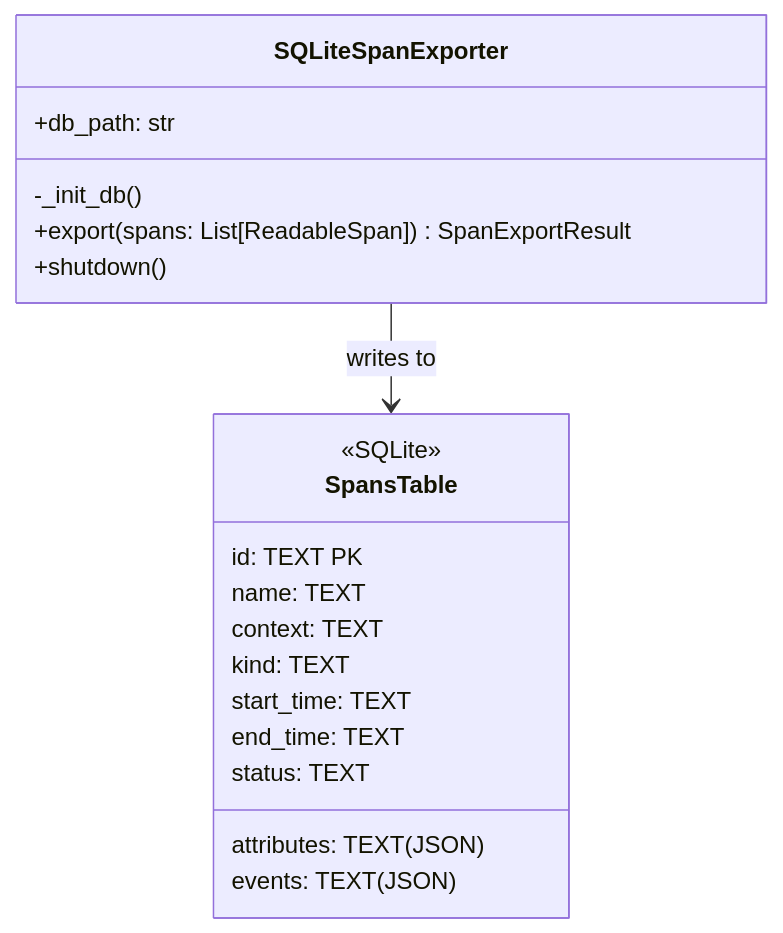
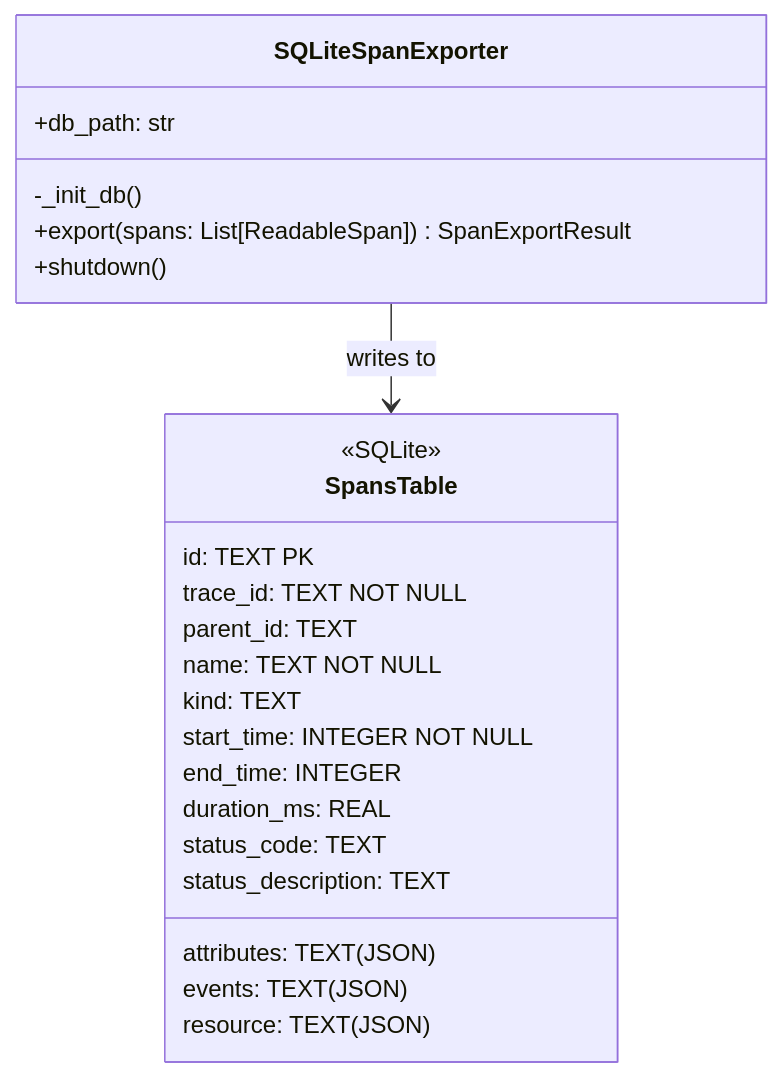
Before and after one commit to binlecode/co-cli: the ninth of 15 diagrams in docs/DESIGN-co-cli.md, drawn with Mermaid. The commit also changed other lines of this file and 20 other files, not shown here.

First line of the commit message:
Add shell safe-command whitelist, approval flow tests, sandbox hardening tests

````diff
--- a/docs/DESIGN-co-cli.md
+++ b/docs/DESIGN-co-cli.md
@@ -702,24 +715,28 @@
 ```mermaid
 classDiagram
     class SQLiteSpanExporter {
         +db_path: str
         -_init_db()
         +export(spans: List[ReadableSpan]) SpanExportResult
         +shutdown()
     }
 
     class SpansTable {
         <<SQLite>>
         id: TEXT PK
-        name: TEXT
-        context: TEXT
+        trace_id: TEXT NOT NULL
+        parent_id: TEXT
+        name: TEXT NOT NULL
         kind: TEXT
-        start_time: TEXT
-        end_time: TEXT
+        start_time: INTEGER NOT NULL
+        end_time: INTEGER
+        duration_ms: REAL
+        status_code: TEXT
+        status_description: TEXT
         attributes: TEXT (JSON)
         events: TEXT (JSON)
-        status: TEXT
+        resource: TEXT (JSON)
     }
 
     SQLiteSpanExporter --> SpansTable : writes to
 ```
````
